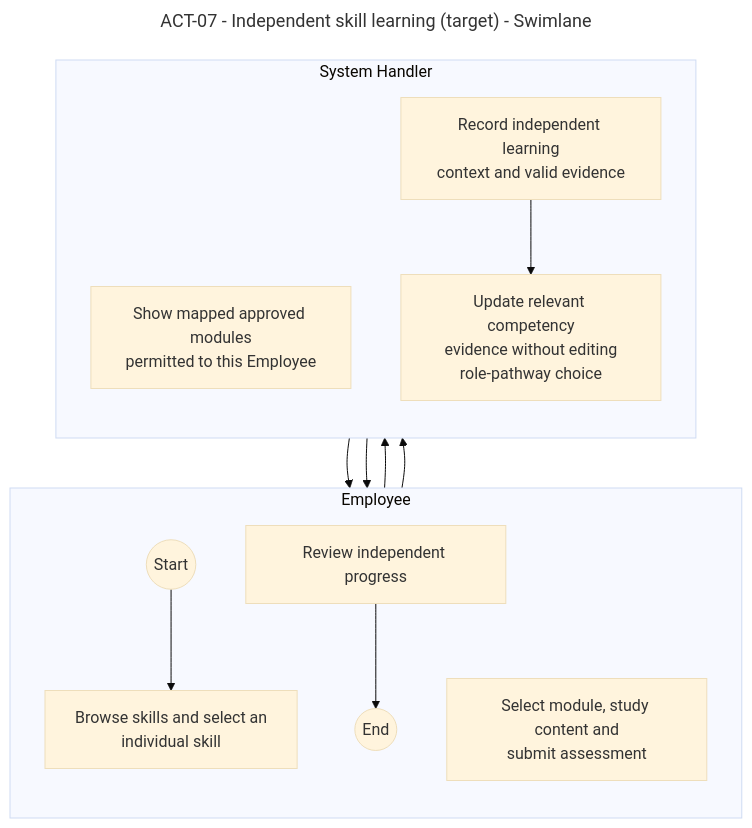
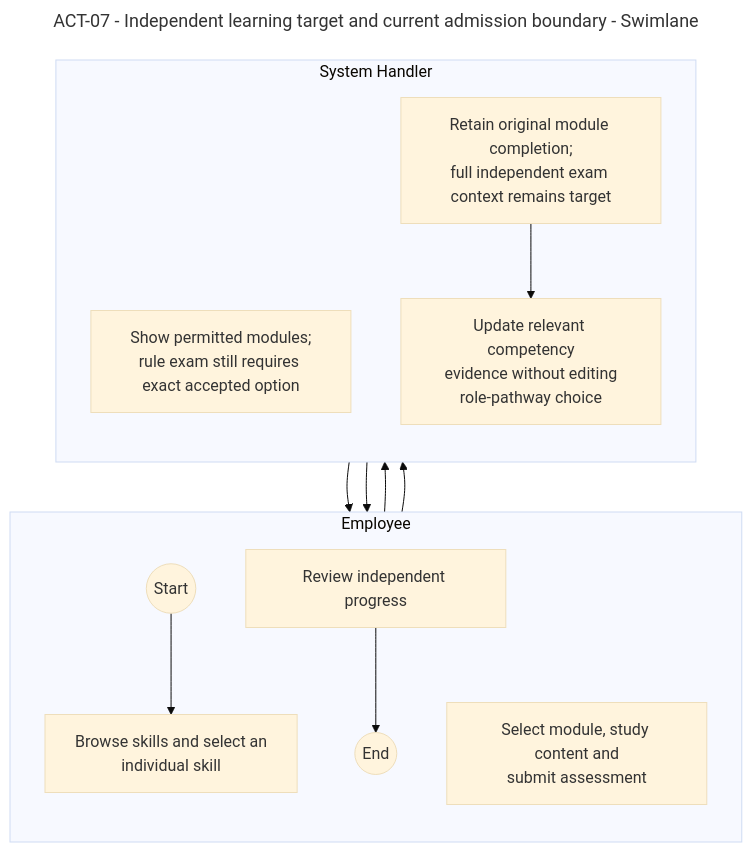
One commit to SEP490-Fall-2026-GFA26SE64/SEP490 changed the diagram in documents/diagrams/mermaid/swimlanes/act-07.mmd. Above: the diagram before and after it, drawn with Mermaid. The commit also changed 233 other files, not shown here.

First line of the commit message:
docs: align adaptive flow contracts and diagrams

```diff
--- a/documents/diagrams/mermaid/swimlanes/act-07.mmd
+++ b/documents/diagrams/mermaid/swimlanes/act-07.mmd
@@ -1,28 +1,28 @@
 ---
-title: "ACT-07 - Independent skill learning (target) - Swimlane"
+title: "ACT-07 - Independent learning target and current admission boundary - Swimlane"
 config: {theme: base, look: classic, flowchart: {htmlLabels: true}}
 ---
 flowchart TD
   subgraph Actor0["Employee"]
     direction TB
     SRS_ACT_07_N1(("Start"))
     SRS_ACT_07_N2["Browse skills and select an<br/>individual skill"]
     SRS_ACT_07_N4["Select module, study content and<br/>submit assessment"]
     SRS_ACT_07_N7["Review independent progress"]
     SRS_ACT_07_N8(("End"))
   end
   subgraph Actor1["System Handler"]
     direction TB
-    SRS_ACT_07_N3["Show mapped approved modules<br/>permitted to this Employee"]
-    SRS_ACT_07_N5["Record independent learning<br/>context and valid evidence"]
+    SRS_ACT_07_N3["Show permitted modules;<br/>rule exam still requires exact accepted option"]
+    SRS_ACT_07_N5["Retain original module completion;<br/>full independent exam context remains target"]
     SRS_ACT_07_N6["Update relevant competency<br/>evidence without editing<br/>role-pathway choice"]
   end
   SRS_ACT_07_N1 --> SRS_ACT_07_N2
   SRS_ACT_07_N2 --> SRS_ACT_07_N3
   SRS_ACT_07_N3 --> SRS_ACT_07_N4
   SRS_ACT_07_N4 --> SRS_ACT_07_N5
   SRS_ACT_07_N5 --> SRS_ACT_07_N6
   SRS_ACT_07_N6 --> SRS_ACT_07_N7
   SRS_ACT_07_N7 --> SRS_ACT_07_N8
 
   %% Fixed actor-column layout is exported by render-business-swimlanes.cjs.
```
